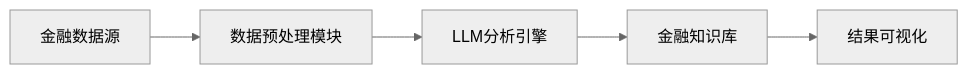
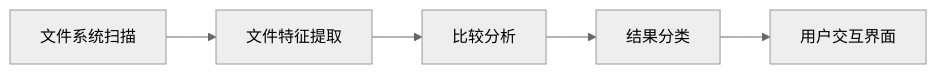
Before and after one commit to wayyoungboy/github-trending-reporter: the seventh of 7 diagrams in reports/2026/01/2026-01-25.md, drawn with Mermaid (neutral theme). The commit also changed other lines of this file and 1 other file, not shown here.

````diff
--- a/reports/2026/01/2026-01-25.md
+++ b/reports/2026/01/2026-01-25.md
@@ -526,7 +417,7 @@
 ```mermaid
 graph LR
-    A[金融数据源] --> B[数据预处理模块]
-    B --> C[LLM分析引擎]
-    C --> D[金融知识库]
-    D --> E[结果可视化]
+    A[文件系统扫描] --> B[文件特征提取]
+    B --> C[比较分析]
+    C --> D[结果分类]
+    D --> E[用户交互界面]
 ```
````
